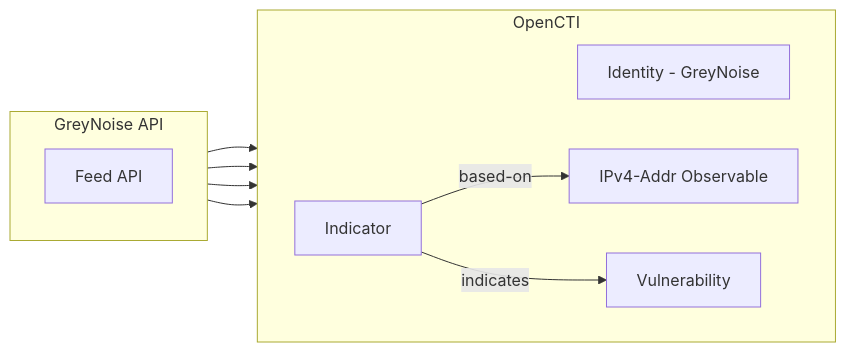
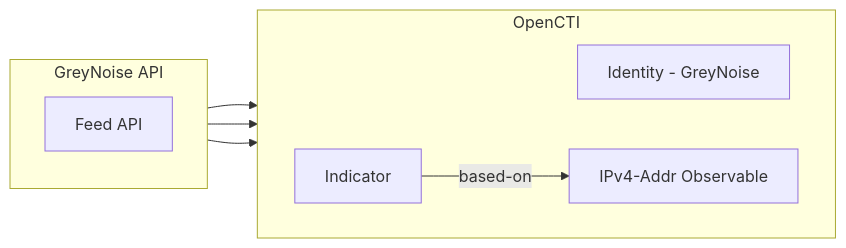
Before and after one commit to OpenCTI-Platform/connectors: the diagram in external-import/greynoise-feed/README.md, drawn with Mermaid. The commit also changed other lines of this file and 2 other files, not shown here.

Commit message:
fix(greynoise-feed): use the GREYNOISE_FEED_FEED_TYPE variable name in samples and docs (#6565) (#8619)

````diff
--- a/external-import/greynoise-feed/README.md
+++ b/external-import/greynoise-feed/README.md
@@ -153,22 +153,19 @@
 ```mermaid
 graph LR
     subgraph GreyNoise API
         direction TB
         Feed[Feed API]
     end
 
     subgraph OpenCTI
         direction LR
         Identity[Identity - GreyNoise]
         IP[IPv4-Addr Observable]
         Indicator[Indicator]
-        Vulnerability[Vulnerability]
     end
 
     Feed --> Identity
     Feed --> IP
     Feed --> Indicator
-    Feed --> Vulnerability
     Indicator -- based-on --> IP
-    Indicator -- indicates --> Vulnerability
 ```
````
